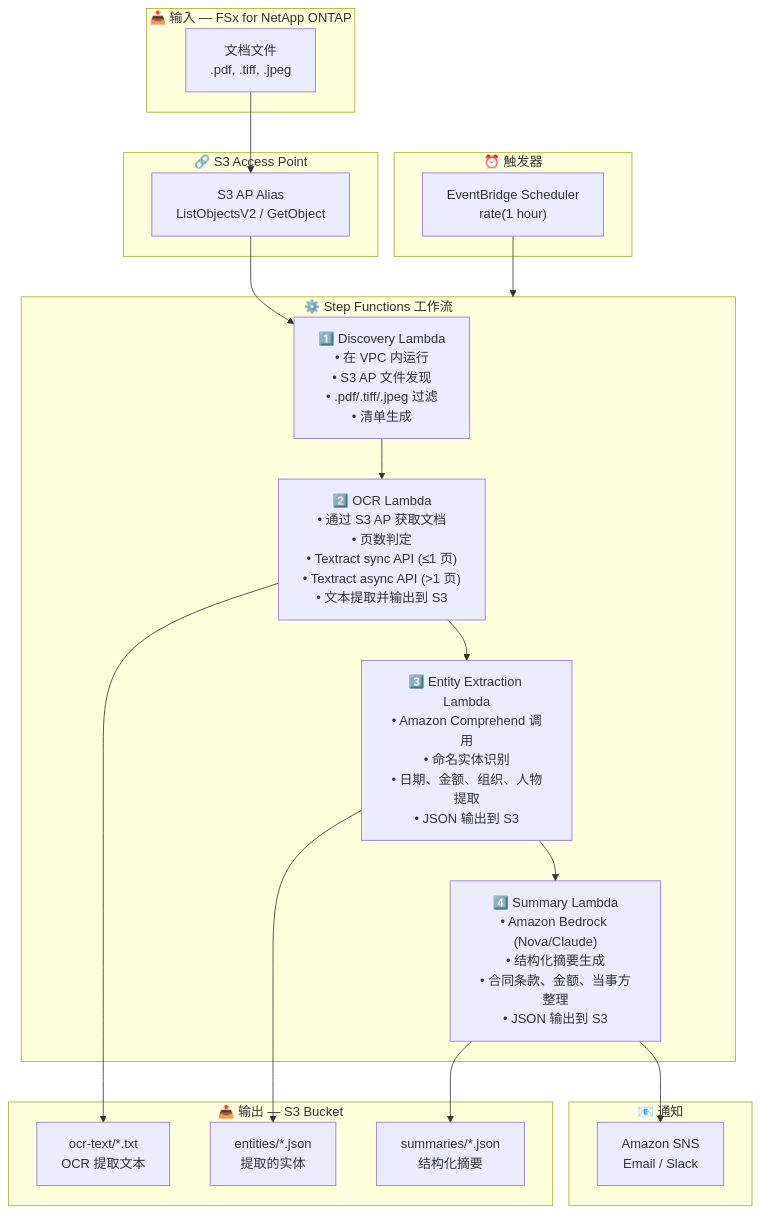
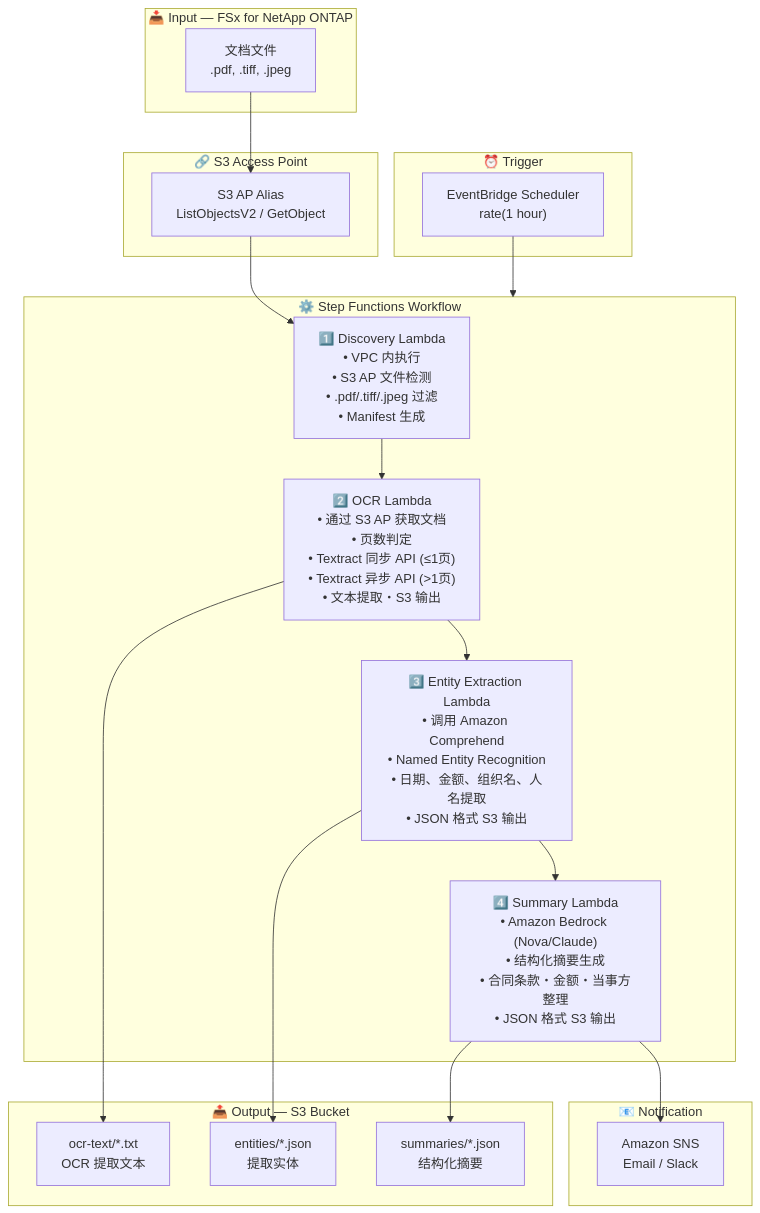
One commit to Yoshiki0705/FSx-for-ONTAP-S3AccessPoints-Serverless-Patterns changed the diagram in financial-idp/docs/architecture.zh-CN.md. Above: the diagram before and after it, drawn with Mermaid. The commit also changed other lines of this file and 54 other files, not shown here.

````diff
--- a/financial-idp/docs/architecture.zh-CN.md
+++ b/financial-idp/docs/architecture.zh-CN.md
@@ -11,42 +13,42 @@
 ```mermaid
 flowchart TB
-    subgraph INPUT["📥 输入 — FSx for NetApp ONTAP"]
+    subgraph INPUT["📥 Input — FSx for NetApp ONTAP"]
         DOCS["文档文件<br/>.pdf, .tiff, .jpeg"]
     end
 
     subgraph S3AP["🔗 S3 Access Point"]
         ALIAS["S3 AP Alias<br/>ListObjectsV2 / GetObject"]
     end
 
-    subgraph TRIGGER["⏰ 触发器"]
+    subgraph TRIGGER["⏰ Trigger"]
         EB["EventBridge Scheduler<br/>rate(1 hour)"]
     end
 
-    subgraph SFN["⚙️ Step Functions 工作流"]
-        DISC["1️⃣ Discovery Lambda<br/>• 在 VPC 内运行<br/>• S3 AP 文件发现<br/>• .pdf/.tiff/.jpeg 过滤<br/>• 清单生成"]
-        OCR["2️⃣ OCR Lambda<br/>• 通过 S3 AP 获取文档<br/>• 页数判定<br/>• Textract sync API (≤1 页)<br/>• Textract async API (>1 页)<br/>• 文本提取并输出到 S3"]
-        ENT["3️⃣ Entity Extraction Lambda<br/>• Amazon Comprehend 调用<br/>• 命名实体识别<br/>• 日期、金额、组织、人物提取<br/>• JSON 输出到 S3"]
-        SUM["4️⃣ Summary Lambda<br/>• Amazon Bedrock (Nova/Claude)<br/>• 结构化摘要生成<br/>• 合同条款、金额、当事方整理<br/>• JSON 输出到 S3"]
+    subgraph SFN["⚙️ Step Functions Workflow"]
+        DISC["1️⃣ Discovery Lambda<br/>• VPC 内执行<br/>• S3 AP 文件检测<br/>• .pdf/.tiff/.jpeg 过滤<br/>• Manifest 生成"]
+        OCR["2️⃣ OCR Lambda<br/>• 通过 S3 AP 获取文档<br/>• 页数判定<br/>• Textract 同步 API (≤1页)<br/>• Textract 异步 API (>1页)<br/>• 文本提取・S3 输出"]
+        ENT["3️⃣ Entity Extraction Lambda<br/>• 调用 Amazon Comprehend<br/>• Named Entity Recognition<br/>• 日期、金额、组织名、人名提取<br/>• JSON 格式 S3 输出"]
+        SUM["4️⃣ Summary Lambda<br/>• Amazon Bedrock (Nova/Claude)<br/>• 结构化摘要生成<br/>• 合同条款・金额・当事方整理<br/>• JSON 格式 S3 输出"]
     end
 
-    subgraph OUTPUT["📤 输出 — S3 Bucket"]
+    subgraph OUTPUT["📤 Output — S3 Bucket"]
         TEXT["ocr-text/*.txt<br/>OCR 提取文本"]
-        ENTITIES["entities/*.json<br/>提取的实体"]
+        ENTITIES["entities/*.json<br/>提取实体"]
         SUMMARY["summaries/*.json<br/>结构化摘要"]
     end
 
-    subgraph NOTIFY["📧 通知"]
+    subgraph NOTIFY["📧 Notification"]
         SNS["Amazon SNS<br/>Email / Slack"]
     end
 
     DOCS --> ALIAS
     ALIAS --> DISC
     EB --> SFN
     DISC --> OCR
     OCR --> ENT
     ENT --> SUM
     OCR --> TEXT
     ENT --> ENTITIES
     SUM --> SUMMARY
     SUM --> SNS
 ```
````
